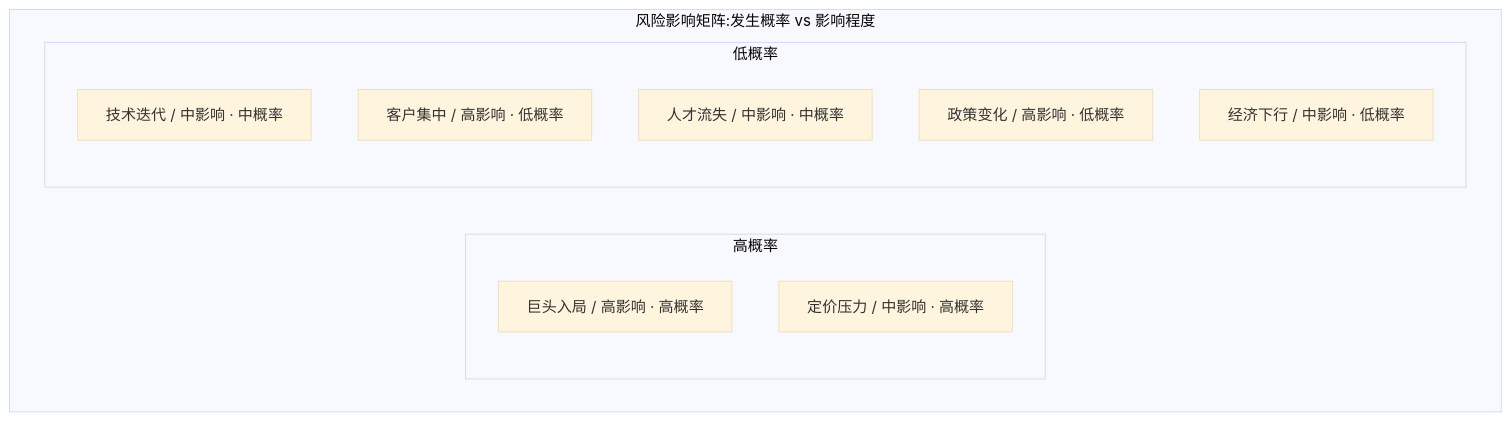
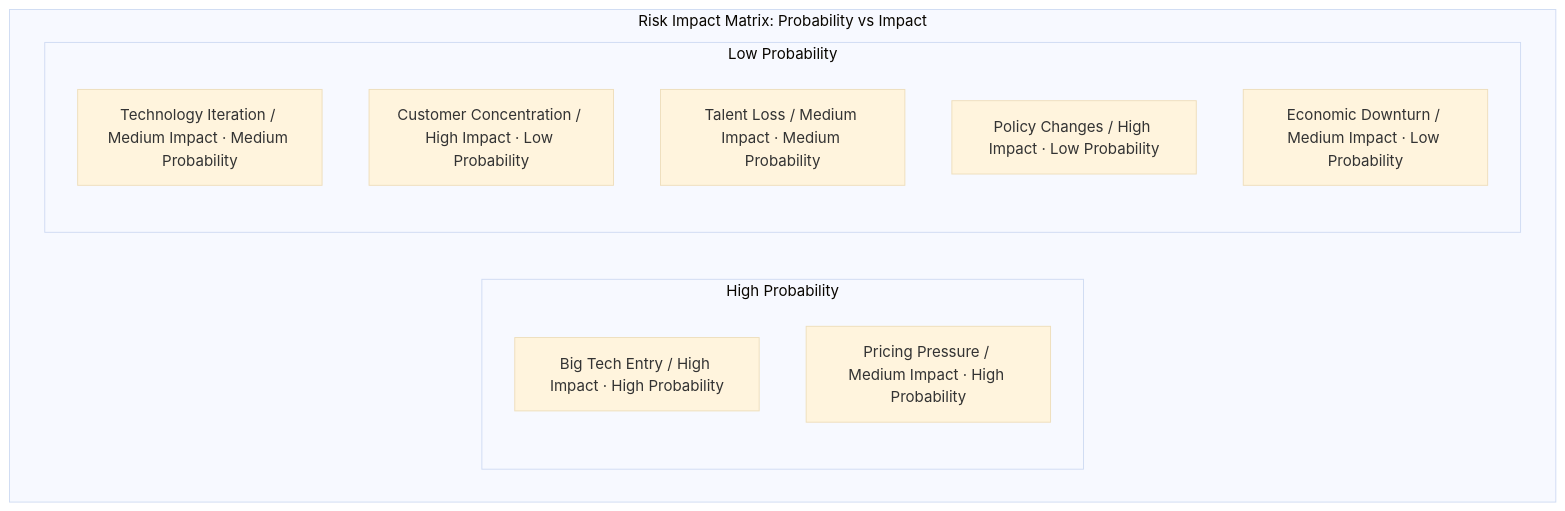
Before and after one commit to Kirky-X/cangjie: diagram 14 of 15 in templates/【模板】商业模式文档.md, drawn with Mermaid (base theme). The commit also changed other lines of this file and 12 other files, not shown here.

````diff
--- a/templates/【模板】商业模式文档.md
+++ b/templates/【模板】商业模式文档.md
@@ -573,16 +573,16 @@
 ```mermaid
 graph TB
-    subgraph risk[风险影响矩阵:发生概率 vs 影响程度]
-        subgraph high[高概率]
-            GI[巨头入局 / 高影响 · 高概率]
-            DP[定价压力 / 中影响 · 高概率]
+    subgraph risk[Risk Impact Matrix: Probability vs Impact]
+        subgraph high[High Probability]
+            GI[Big Tech Entry / High Impact · High Probability]
+            DP[Pricing Pressure / Medium Impact · High Probability]
         end
-        subgraph low[低概率]
-            TI[技术迭代 / 中影响 · 中概率]
-            CC[客户集中 / 高影响 · 低概率]
-            TL[人才流失 / 中影响 · 中概率]
-            PC[政策变化 / 高影响 · 低概率]
-            ED[经济下行 / 中影响 · 低概率]
+        subgraph low[Low Probability]
+            TI[Technology Iteration / Medium Impact · Medium Probability]
+            CC[Customer Concentration / High Impact · Low Probability]
+            TL[Talent Loss / Medium Impact · Medium Probability]
+            PC[Policy Changes / High Impact · Low Probability]
+            ED[Economic Downturn / Medium Impact · Low Probability]
         end
     end
 ```
````
